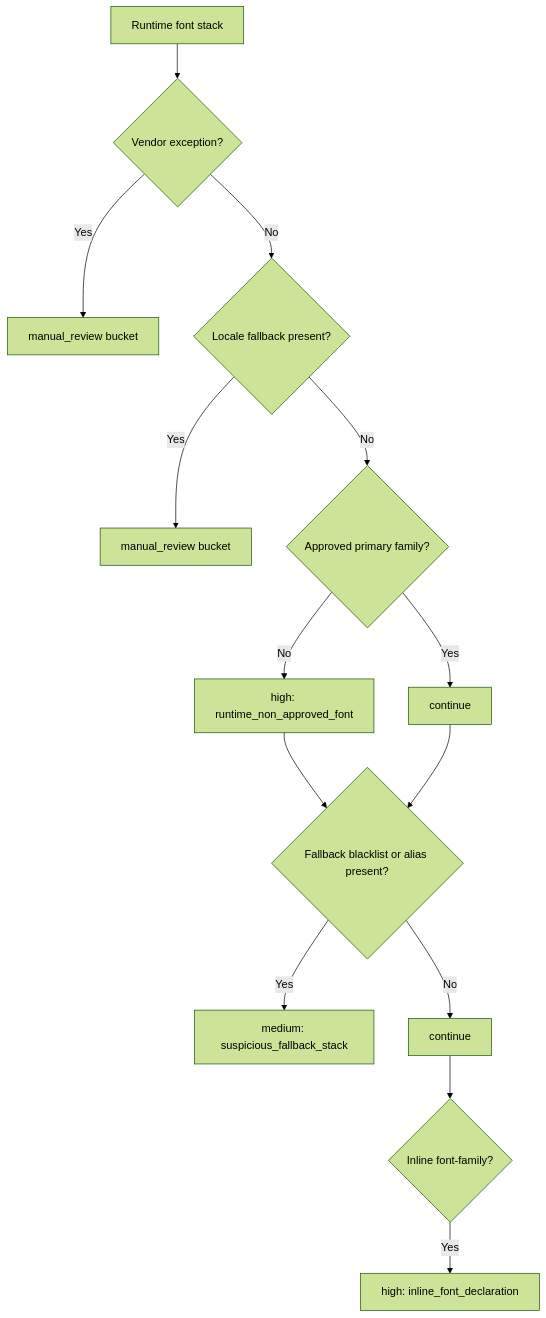
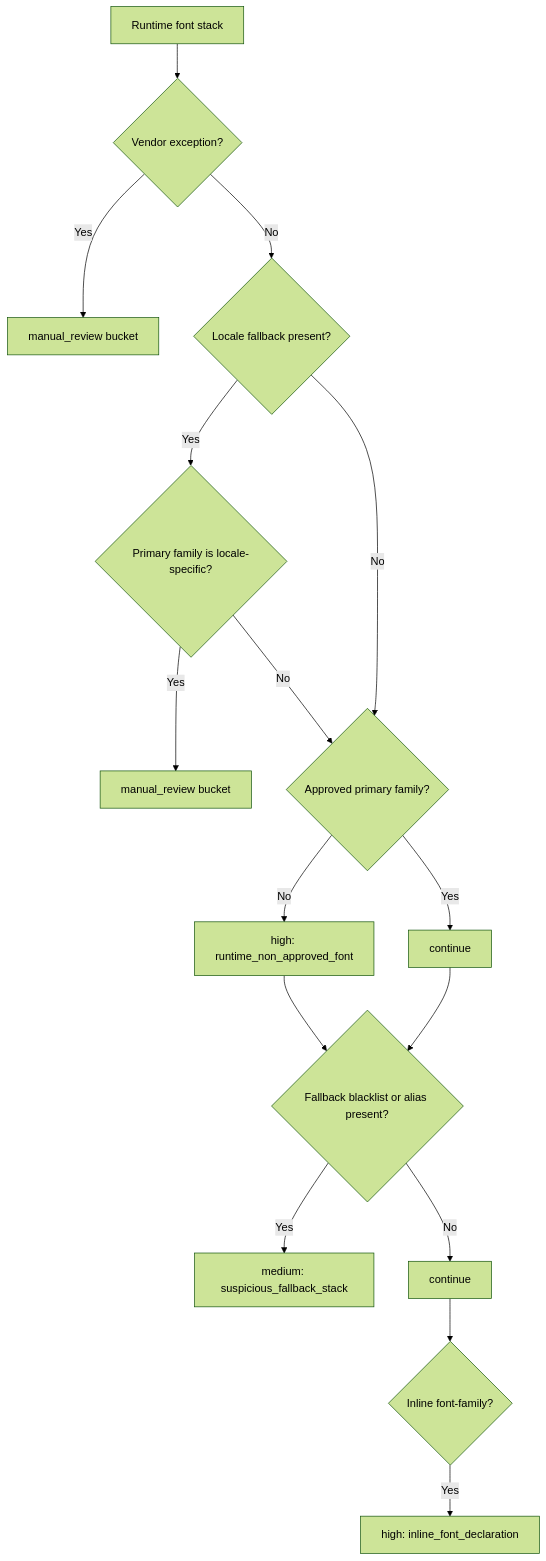
The diagram in docs/rules-engine.md (mmmihaeel/font-audit-crawler), drawn with Mermaid (forest theme) before and after one commit. The commit also changed other lines of this file and 36 other files, not shown here.

````diff
--- a/docs/rules-engine.md
+++ b/docs/rules-engine.md
@@ -53,16 +55,18 @@
 ```mermaid
 flowchart TD
     A[Runtime font stack] --> B{Vendor exception?}
     B -- Yes --> V[manual_review bucket]
     B -- No --> C{Locale fallback present?}
-    C -- Yes --> L[manual_review bucket]
-    C -- No --> D{Approved primary family?}
-    D -- No --> E[high: runtime_non_approved_font]
-    D -- Yes --> F[continue]
-    E --> G{Fallback blacklist or alias present?}
-    F --> G
-    G -- Yes --> H[medium: suspicious_fallback_stack]
-    G -- No --> I[continue]
-    I --> J{Inline font-family?}
-    J -- Yes --> K[high: inline_font_declaration]
+    C -- Yes --> D{Primary family is locale-specific?}
+    D -- Yes --> L[manual_review bucket]
+    D -- No --> E{Approved primary family?}
+    C -- No --> E
+    E -- No --> F[high: runtime_non_approved_font]
+    E -- Yes --> G[continue]
+    F --> H{Fallback blacklist or alias present?}
+    G --> H
+    H -- Yes --> I[medium: suspicious_fallback_stack]
+    H -- No --> J[continue]
+    J --> K{Inline font-family?}
+    K -- Yes --> M[high: inline_font_declaration]
 ```
````
